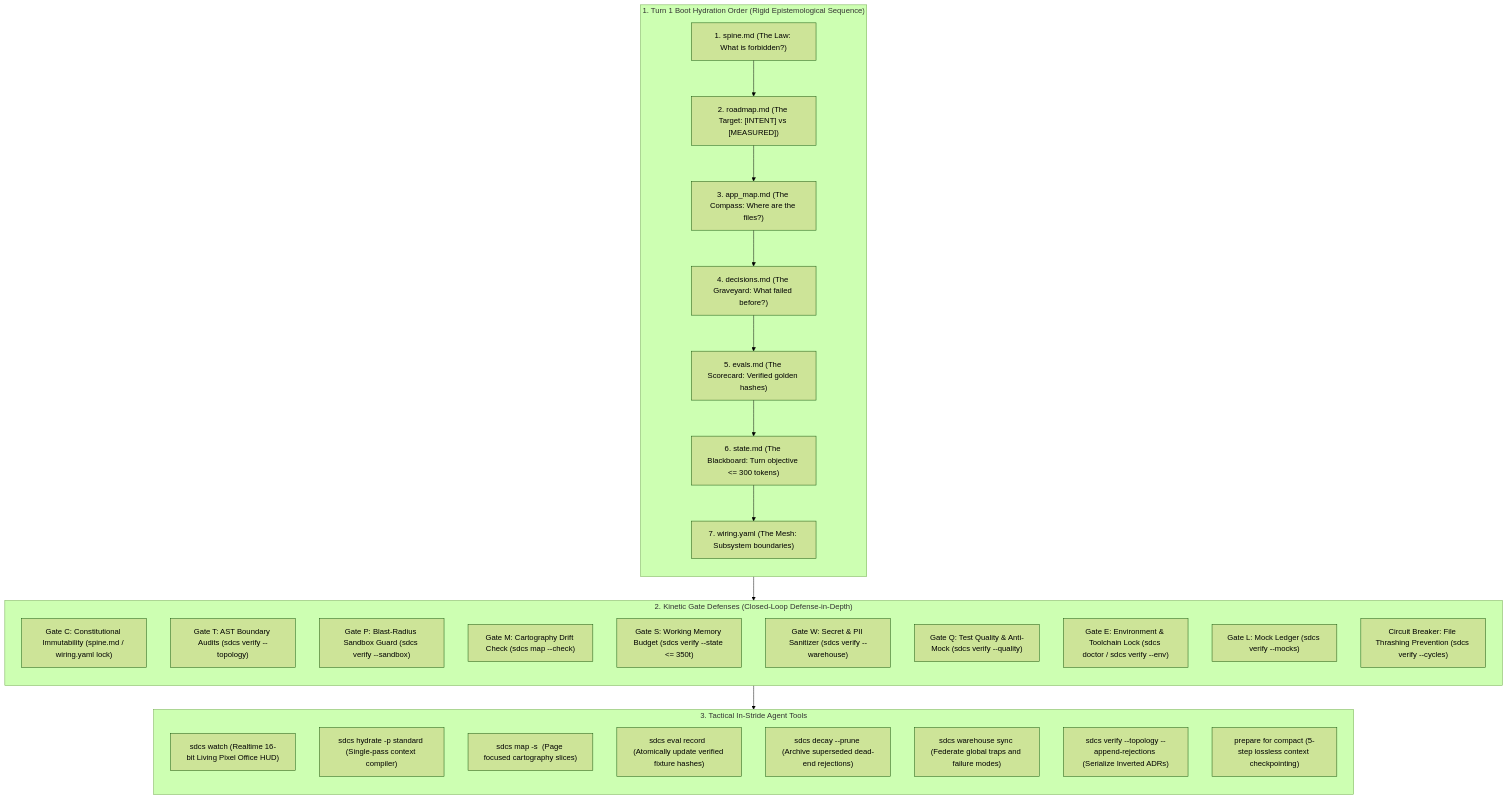
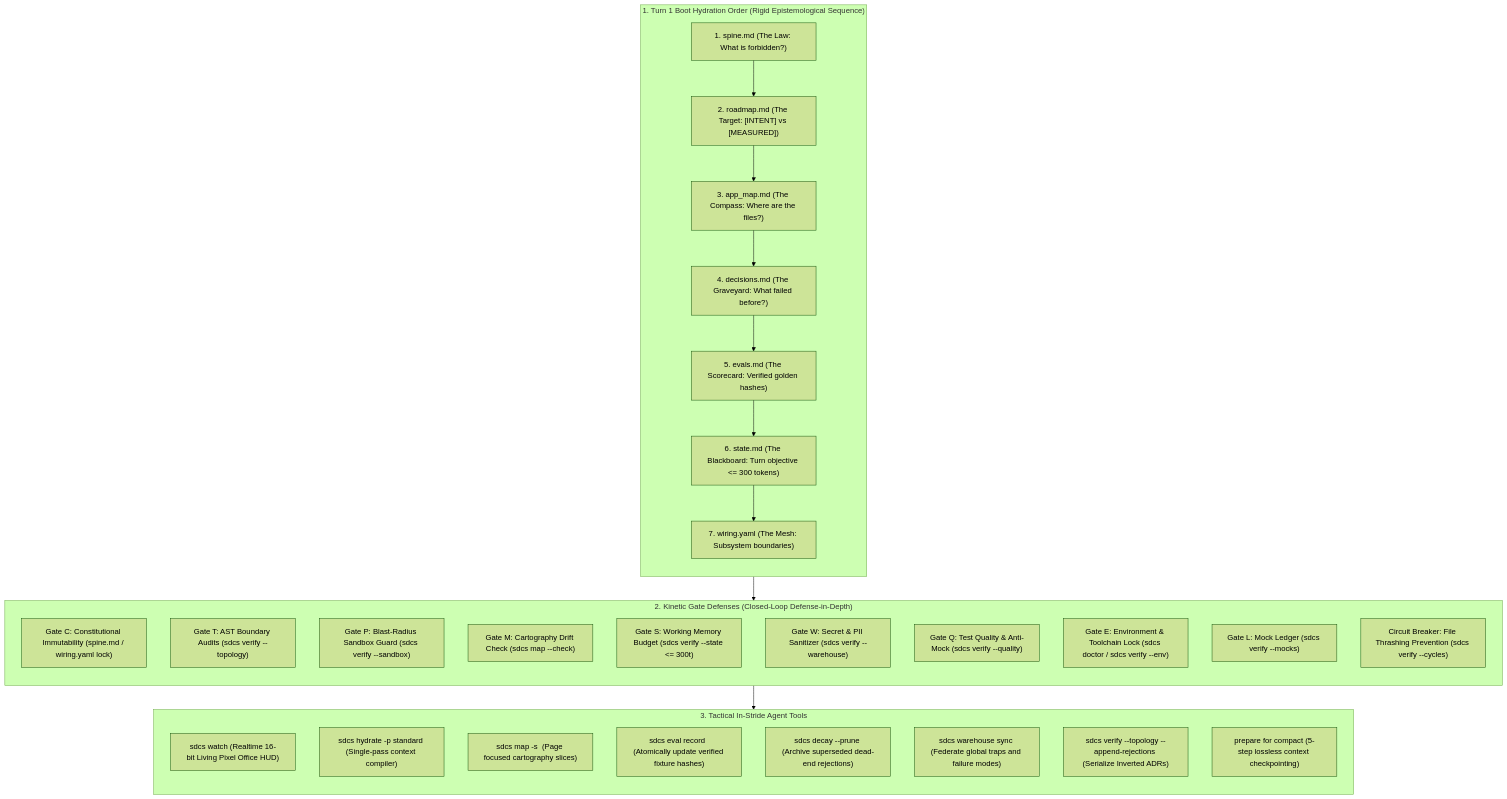
The second of 2 diagrams in README.md (adamm285-dev/Spec-Driven-Cognitive-Scaffolding-SDCS), drawn with Mermaid (forest theme) before and after one commit. The commit also changed other lines of this file and 1 other file, not shown here.

Commit message:
docs(readme): update to v1.9.7 with Gate L, hydrate zero-read, and protocol updates

````diff
--- a/README.md
+++ b/README.md
@@ -284,41 +287,41 @@
 ```mermaid
 flowchart TD
     subgraph BOOT ["1. Turn 1 Boot Hydration Order (Rigid Epistemological Sequence)"]
         direction TB
         B1["1. spine.md (The Law: What is forbidden?)"] --> B2["2. roadmap.md (The Target: [INTENT] vs [MEASURED])"]
         B2 --> B3["3. app_map.md (The Compass: Where are the files?)"]
         B3 --> B4["4. decisions.md (The Graveyard: What failed before?)"]
         B4 --> B5["5. evals.md (The Scorecard: Verified golden hashes)"]
         B5 --> B6["6. state.md (The Blackboard: Turn objective <= 300 tokens)"]
         B6 --> B7["7. wiring.yaml (The Mesh: Subsystem boundaries)"]
     end
 
     subgraph KINETIC ["2. Kinetic Gate Defenses (Closed-Loop Defense-in-Depth)"]
         direction TB
         GC["Gate C: Constitutional Immutability (spine.md / wiring.yaml lock)"]
         GT["Gate T: AST Boundary Audits (sdcs verify --topology)"]
         GP["Gate P: Blast-Radius Sandbox Guard (sdcs verify --sandbox)"]
         GM["Gate M: Cartography Drift Check (sdcs map --check)"]
-        GS["Gate S: Working Memory Budget (sdcs verify --state <= 350t)"]
+        GS["Gate S: Working Memory Budget (sdcs verify --state <= 300t)"]
         GW["Gate W: Secret & PII Sanitizer (sdcs verify --warehouse)"]
         GQ["Gate Q: Test Quality & Anti-Mock (sdcs verify --quality)"]
         GE["Gate E: Environment & Toolchain Lock (sdcs doctor / sdcs verify --env)"]
         GL["Gate L: Mock Ledger (sdcs verify --mocks)"]
         CB["Circuit Breaker: File Thrashing Prevention (sdcs verify --cycles)"]
     end
 
     subgraph TACTICAL ["3. Tactical In-Stride Agent Tools"]
         direction TB
         WATCH["sdcs watch (Realtime 16-bit Living Pixel Office HUD)"]
         HYDRATE["sdcs hydrate -p standard (Single-pass context compiler)"]
         MAP["sdcs map -s <subsystem> (Page focused cartography slices)"]
         EVAL["sdcs eval record <ID> (Atomically update verified fixture hashes)"]
         DECAY["sdcs decay --prune (Archive superseded dead-end rejections)"]
         WH["sdcs warehouse sync (Federate global traps and failure modes)"]
         REJ["sdcs verify --topology --append-rejections (Serialize Inverted ADRs)"]
         COMPACT["prepare for compact (5-step lossless context checkpointing)"]
     end
 
     BOOT --> KINETIC
     KINETIC --> TACTICAL
 ```
````
